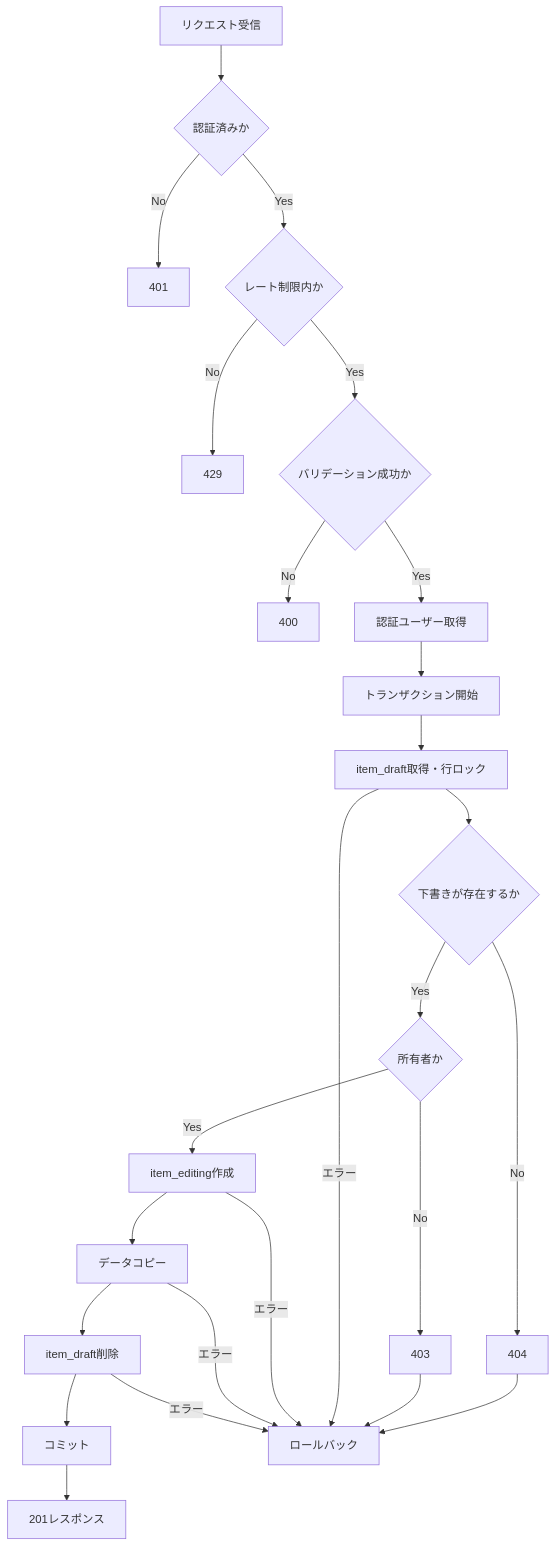
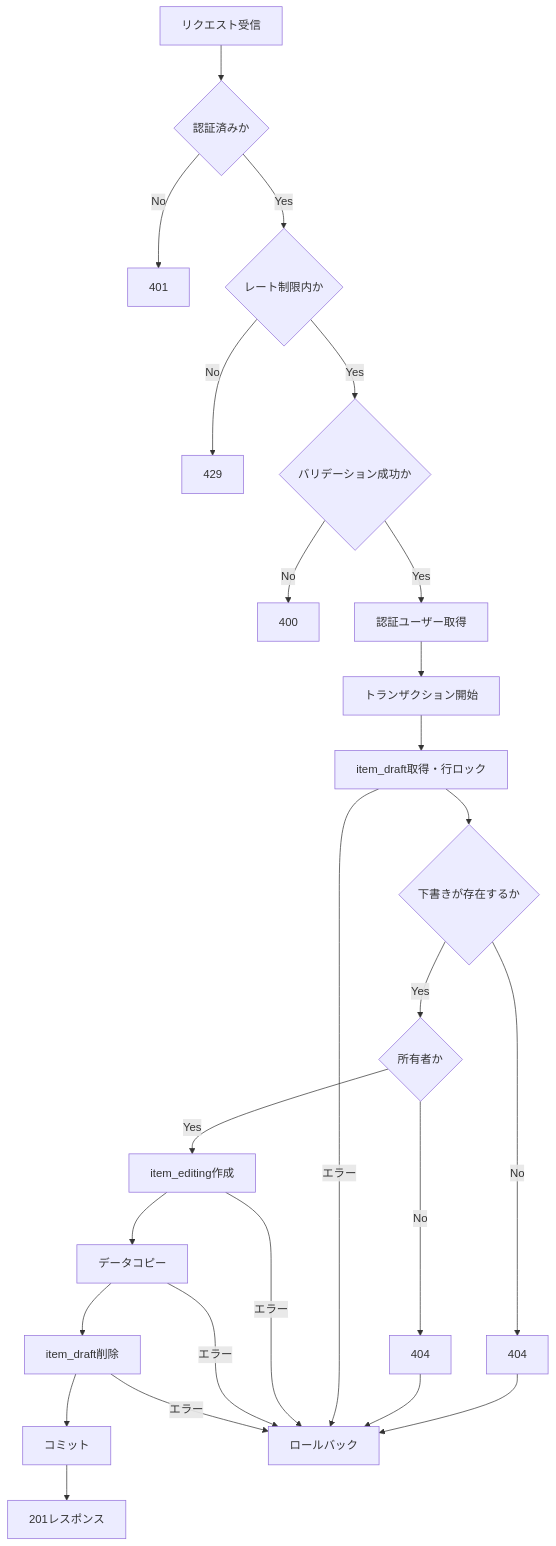
The diagram in docs/design/backend/detail/itemEditing/createItemEditingDraft.md (rednull-racing/web-project1), drawn with Mermaid before and after one commit. The commit also changed other lines of this file and 10 other files, not shown here.

````diff
--- a/docs/design/backend/detail/itemEditing/createItemEditingDraft.md
+++ b/docs/design/backend/detail/itemEditing/createItemEditingDraft.md
@@ -131,27 +131,27 @@
 ```mermaid
 flowchart TD
     A[リクエスト受信] --> A1{認証済みか}
     A1 -->|No| U[401]
     A1 -->|Yes| B{レート制限内か}
     B -->|No| V[429]
     B -->|Yes| B1{バリデーション成功か}
     B1 -->|No| W[400]
     B1 -->|Yes| C[認証ユーザー取得]
     C --> D[トランザクション開始]
     D --> E[item_draft取得・行ロック]
     E --> F{下書きが存在するか}
     F -->|No| X[404]
     F -->|Yes| G{所有者か}
-    G -->|No| Y[403]
+    G -->|No| Y[404]
     G -->|Yes| H[item_editing作成]
     H --> I[データコピー]
     I --> J[item_draft削除]
     J --> K[コミット]
     K --> L[201レスポンス]
     X --> R[ロールバック]
     Y --> R
     E -->|エラー| R
     H -->|エラー| R
     I -->|エラー| R
     J -->|エラー| R
 ```
````
